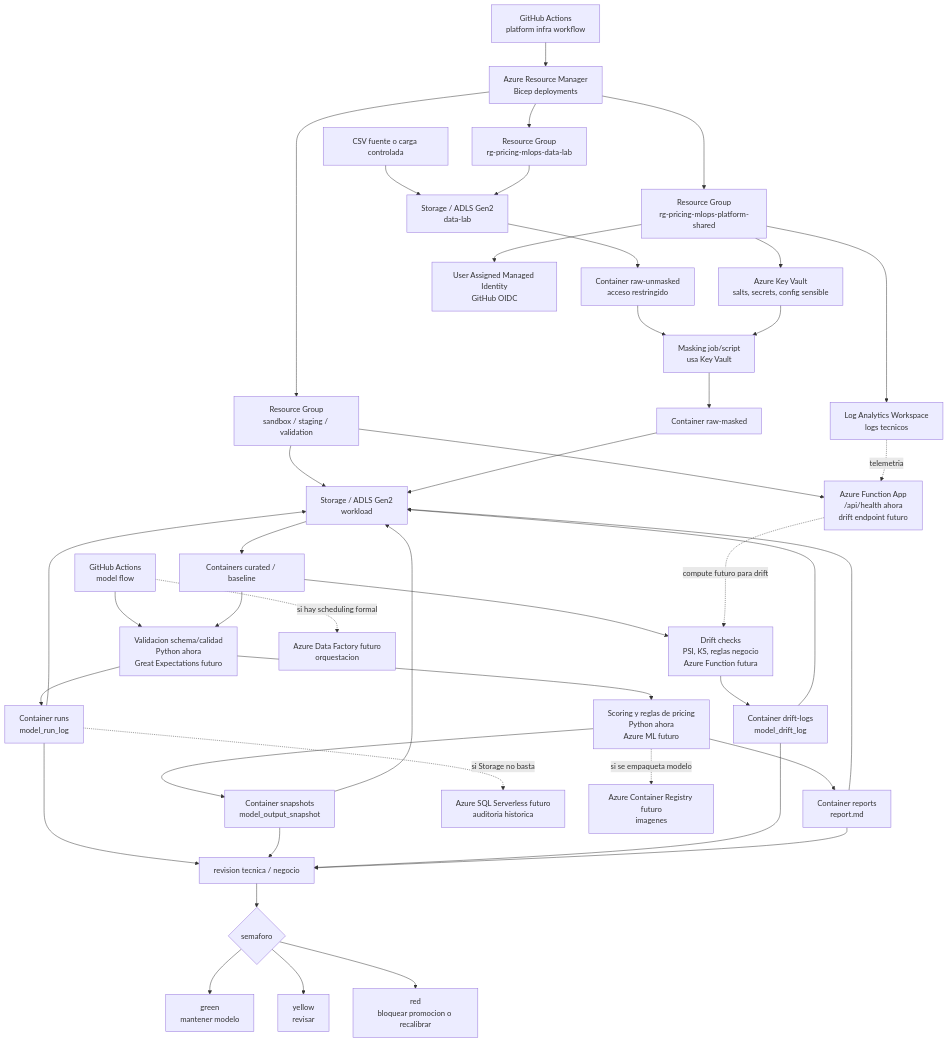
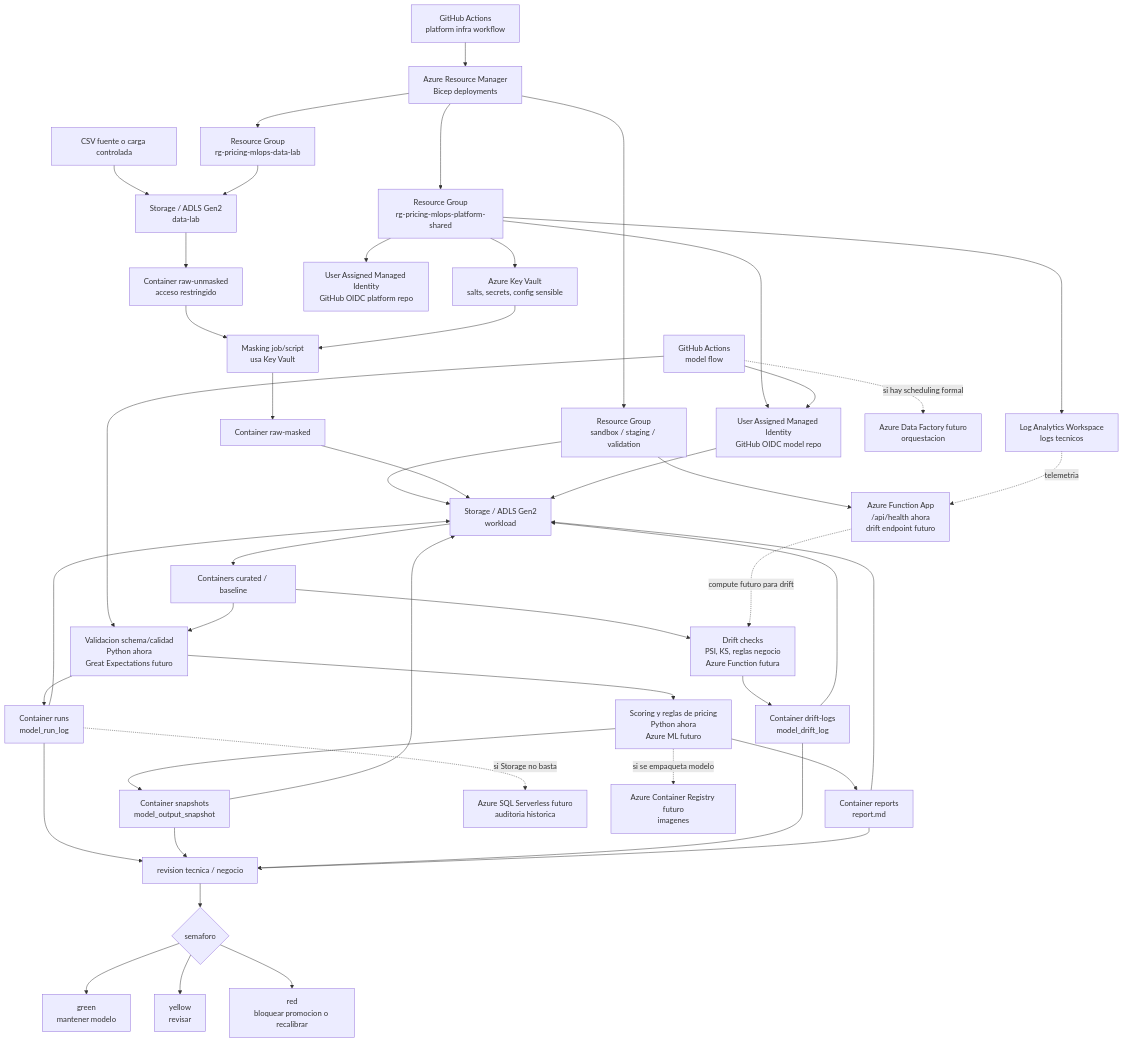
One commit to tecmx-team46-pricing/pricing-mlops-platform changed the second of 2 diagrams in README.md. Above: the diagram before and after it, drawn with Mermaid. The commit also changed other lines of this file and 16 other files, not shown here.

````diff
--- a/README.md
+++ b/README.md
@@ -55,54 +55,57 @@
 ```mermaid
 flowchart TD
   GHAPlatform["GitHub Actions<br/>platform infra workflow"] --> ARM["Azure Resource Manager<br/>Bicep deployments"]
   ARM --> RGShared["Resource Group<br/>rg-pricing-mlops-platform-shared"]
   ARM --> RGDataLab["Resource Group<br/>rg-pricing-mlops-data-lab"]
   ARM --> RGWorkload["Resource Group<br/>sandbox / staging / validation"]
 
   RGShared --> KV["Azure Key Vault<br/>salts, secrets, config sensible"]
   RGShared --> LAW["Log Analytics Workspace<br/>logs tecnicos"]
-  RGShared --> UAMI["User Assigned Managed Identity<br/>GitHub OIDC"]
+  RGShared --> UAMIPlatform["User Assigned Managed Identity<br/>GitHub OIDC platform repo"]
+  RGShared --> UAMIModel["User Assigned Managed Identity<br/>GitHub OIDC model repo"]
 
   Source["CSV fuente o carga controlada"] --> ADLSDataLab["Storage / ADLS Gen2<br/>data-lab"]
   RGDataLab --> ADLSDataLab
   ADLSDataLab --> RawUnmasked["Container raw-unmasked<br/>acceso restringido"]
   RawUnmasked --> Masking["Masking job/script<br/>usa Key Vault"]
   KV --> Masking
   Masking --> RawMasked["Container raw-masked"]
 
   RGWorkload --> ADLSWorkload["Storage / ADLS Gen2<br/>workload"]
   RawMasked --> ADLSWorkload
   ADLSWorkload --> Curated["Containers curated / baseline"]
 
-  GHAmodel["GitHub Actions<br/>model flow"] --> Validate["Validacion schema/calidad<br/>Python ahora<br/>Great Expectations futuro"]
+  GHAmodel["GitHub Actions<br/>model flow"] --> UAMIModel
+  UAMIModel --> ADLSWorkload
+  GHAmodel --> Validate["Validacion schema/calidad<br/>Python ahora<br/>Great Expectations futuro"]
   Curated --> Validate
   Validate --> Score["Scoring y reglas de pricing<br/>Python ahora<br/>Azure ML futuro"]
   Curated --> Drift["Drift checks<br/>PSI, KS, reglas negocio<br/>Azure Function futura"]
 
   RGWorkload --> Function["Azure Function App<br/>/api/health ahora<br/>drift endpoint futuro"]
   Function -. "compute futuro para drift" .-> Drift
 
   Validate --> RunLog["Container runs<br/>model_run_log"]
   Score --> Snapshot["Container snapshots<br/>model_output_snapshot"]
   Drift --> DriftLog["Container drift-logs<br/>model_drift_log"]
   Score --> Report["Container reports<br/>report.md"]
 
   RunLog --> ADLSWorkload
   Snapshot --> ADLSWorkload
   DriftLog --> ADLSWorkload
   Report --> ADLSWorkload
   LAW -. "telemetria" .-> Function
 
   RunLog --> Review["revision tecnica / negocio"]
   Snapshot --> Review
   DriftLog --> Review
   Report --> Review
   Review --> Decision{"semaforo"}
   Decision --> Green["green<br/>mantener modelo"]
   Decision --> Yellow["yellow<br/>revisar"]
   Decision --> Red["red<br/>bloquear promocion o recalibrar"]
 
   RunLog -. "si Storage no basta" .-> SQL["Azure SQL Serverless futuro<br/>auditoria historica"]
   GHAmodel -. "si hay scheduling formal" .-> ADF["Azure Data Factory futuro<br/>orquestacion"]
   Score -. "si se empaqueta modelo" .-> ACR["Azure Container Registry futuro<br/>imagenes"]
 ```
````
